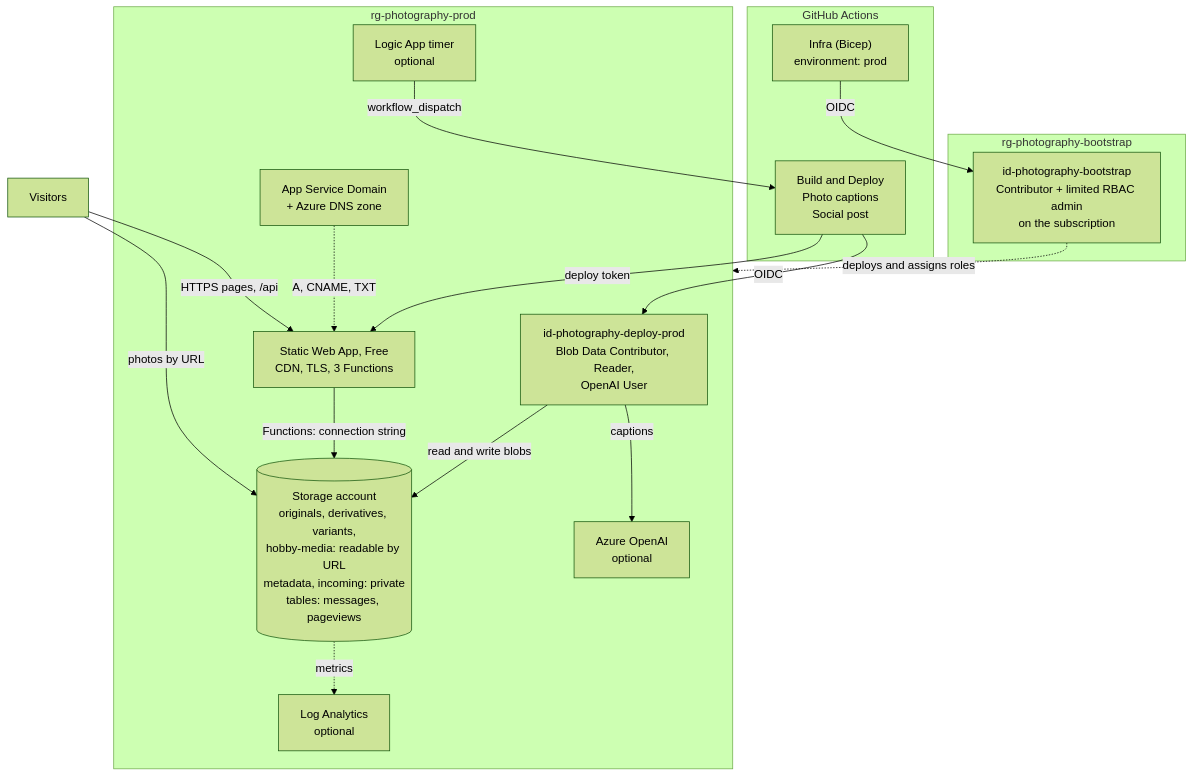
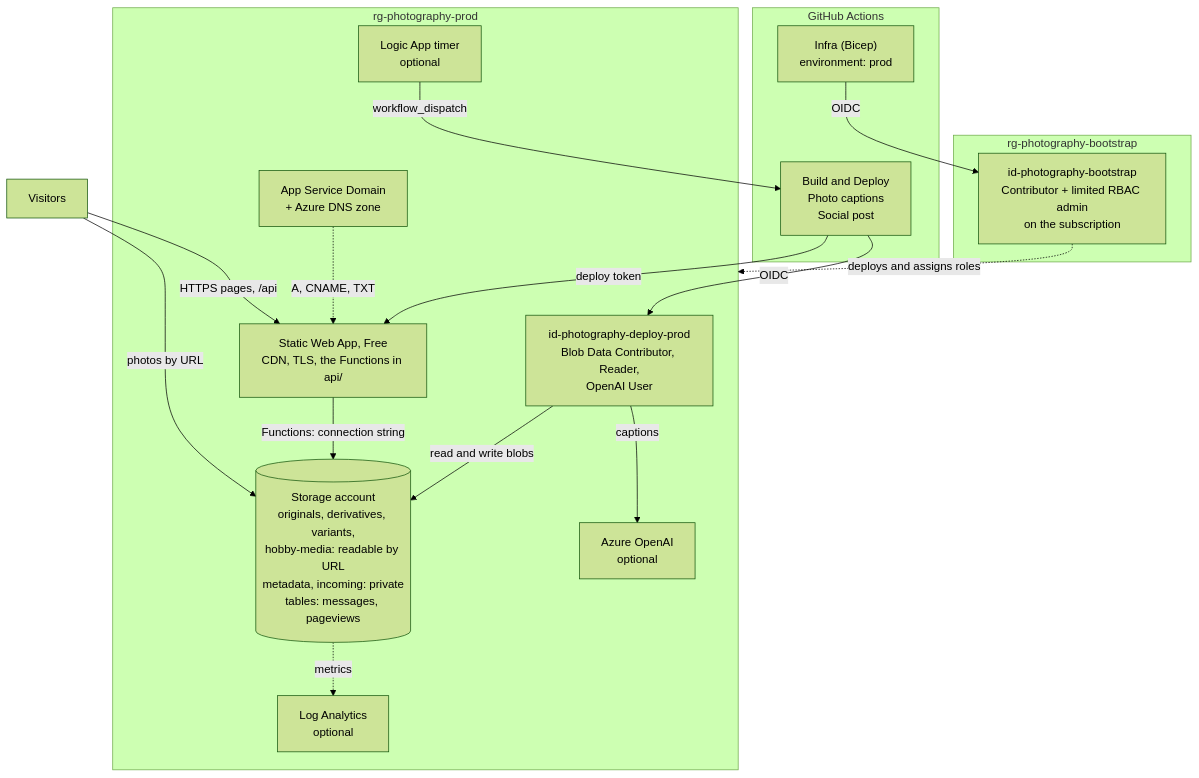
Before and after one commit to TrumanBrown/photography-website: the diagram in docs/azure.md, drawn with Mermaid (forest theme). The commit also changed other lines of this file and 23 other files, not shown here.

````diff
--- a/docs/azure.md
+++ b/docs/azure.md
@@ -7,36 +7,36 @@
 ```mermaid
 flowchart TB
     VIS["Visitors"]
 
     subgraph GH["GitHub Actions"]
         WF["Build and Deploy<br/>Photo captions<br/>Social post"]
         INFRA["Infra (Bicep)<br/>environment: prod"]
     end
 
     subgraph BOOT["rg-photography-bootstrap"]
         BID["id-photography-bootstrap<br/>Contributor + limited RBAC admin<br/>on the subscription"]
     end
 
     subgraph RG["rg-photography-prod"]
         DID["id-photography-deploy-prod<br/>Blob Data Contributor, Reader,<br/>OpenAI User"]
         SA[("Storage account<br/>originals, derivatives, variants,<br/>hobby-media: readable by URL<br/>metadata, incoming: private<br/>tables: messages, pageviews")]
-        SWA["Static Web App, Free<br/>CDN, TLS, 3 Functions"]
+        SWA["Static Web App, Free<br/>CDN, TLS, the Functions in api/"]
         OAI["Azure OpenAI<br/>optional"]
         LOGIC["Logic App timer<br/>optional"]
         DNS["App Service Domain<br/>+ Azure DNS zone"]
         LOG["Log Analytics<br/>optional"]
     end
 
     INFRA -- "OIDC" --> BID
     BID -. "deploys and assigns roles" .-> RG
     WF -- "OIDC" --> DID
     DID -- "read and write blobs" --> SA
     DID -- "captions" --> OAI
     WF -- "deploy token" --> SWA
     SWA -- "Functions: connection string" --> SA
     LOGIC -- "workflow_dispatch" --> WF
     DNS -. "A, CNAME, TXT" .-> SWA
     SA -. "metrics" .-> LOG
     VIS -- "HTTPS pages, /api" --> SWA
     VIS -- "photos by URL" --> SA
 ```
````
